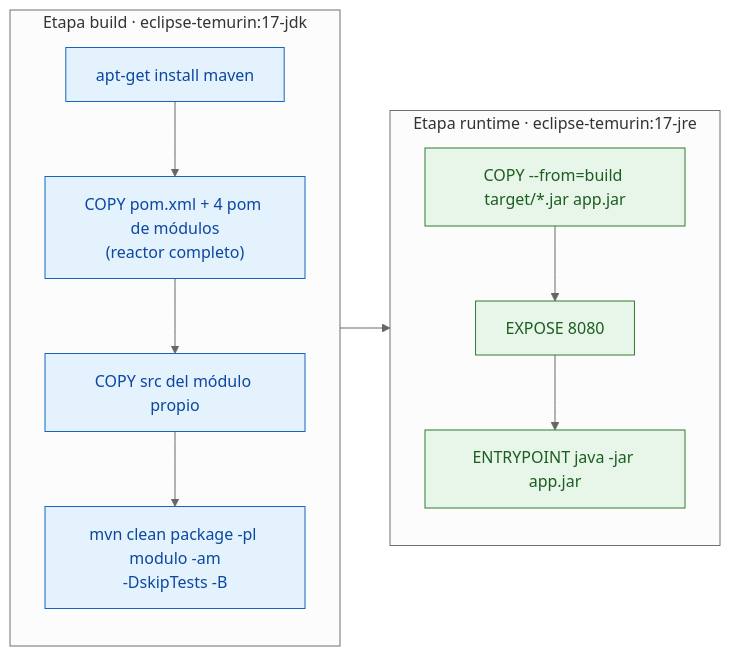
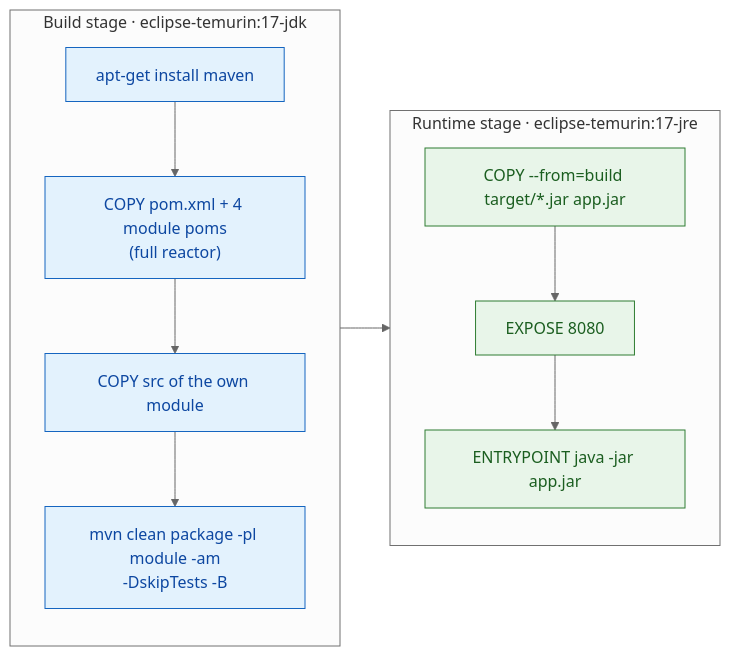
One commit to carlosgarcia-tech/order-flow changed the seventh of 31 diagrams in README.md. Above: the diagram before and after it, drawn with Mermaid (neutral theme). The commit also changed other lines of this file, not shown here.

Commit message:
docs: traduce el README completo al inglés

````diff
--- a/README.md
+++ b/README.md
@@ -349,22 +349,22 @@
 ```mermaid
 flowchart LR
     classDef build fill:#e3f2fd,stroke:#1565c0,color:#0d47a1
     classDef run fill:#e8f5e9,stroke:#2e7d32,color:#1b5e20
 
-    subgraph B["Etapa build · eclipse-temurin:17-jdk"]
+    subgraph B["Build stage · eclipse-temurin:17-jdk"]
         direction TB
         B1["apt-get install maven"]:::build
-        B2["COPY pom.xml + 4 pom de módulos<br/>(reactor completo)"]:::build
-        B3["COPY src del módulo propio"]:::build
-        B4["mvn clean package -pl modulo -am<br/>-DskipTests -B"]:::build
+        B2["COPY pom.xml + 4 module poms<br/>(full reactor)"]:::build
+        B3["COPY src of the own module"]:::build
+        B4["mvn clean package -pl module -am<br/>-DskipTests -B"]:::build
         B1 --> B2 --> B3 --> B4
     end
-    subgraph R["Etapa runtime · eclipse-temurin:17-jre"]
+    subgraph R["Runtime stage · eclipse-temurin:17-jre"]
         direction TB
         R1["COPY --from=build target/*.jar app.jar"]:::run
         R2["EXPOSE 8080"]:::run
         R3["ENTRYPOINT java -jar app.jar"]:::run
         R1 --> R2 --> R3
     end
     B4 --> R1
 ```
````
